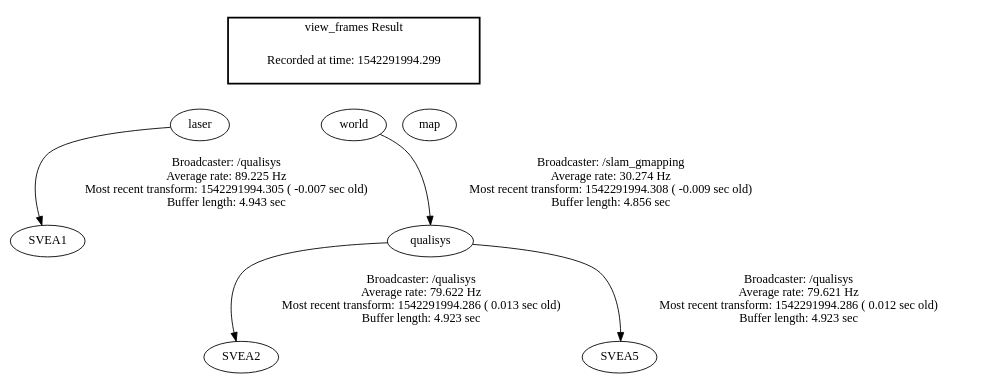
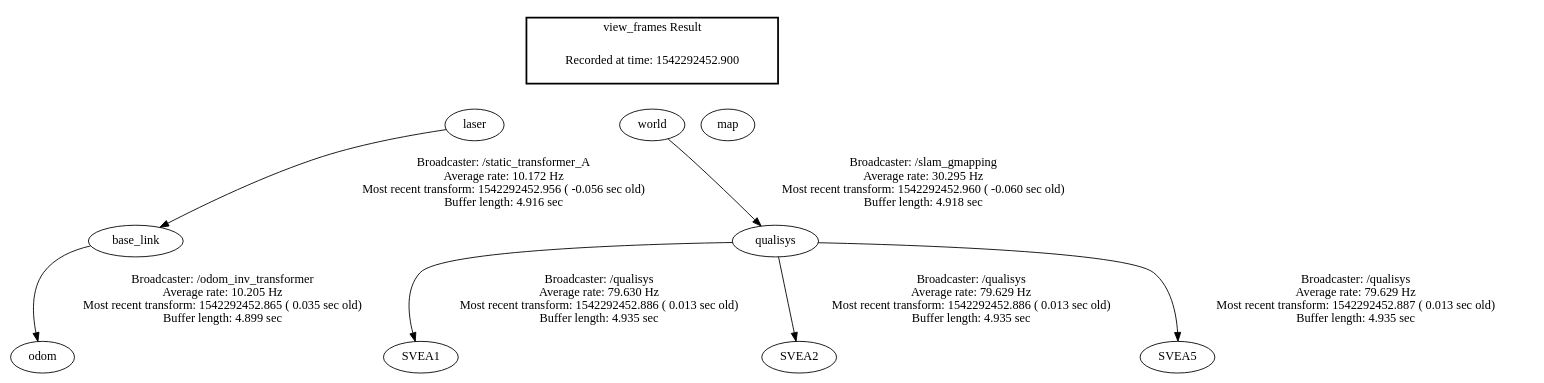
The diagram in frames.gv (JiongruiHu/El2425_Automatic_Control_Group1), drawn with Graphviz before and after one commit. The commit also changed 1 other file, not shown here.

```diff
--- a/frames.gv
+++ b/frames.gv
@@ -1,18 +1,20 @@
 digraph G {
-"laser" -> "SVEA1"[label="Broadcaster: /qualisys\nAverage rate: 89.225 Hz\nMost recent transform: 1542291994.305 ( -0.007 sec old)\nBuffer length: 4.943 sec\n"];
-"world" -> "qualisys"[label="Broadcaster: /slam_gmapping\nAverage rate: 30.274 Hz\nMost recent transform: 1542291994.308 ( -0.009 sec old)\nBuffer length: 4.856 sec\n"];
-"qualisys" -> "SVEA2"[label="Broadcaster: /qualisys\nAverage rate: 79.622 Hz\nMost recent transform: 1542291994.286 ( 0.013 sec old)\nBuffer length: 4.923 sec\n"];
-"qualisys" -> "SVEA5"[label="Broadcaster: /qualisys\nAverage rate: 79.621 Hz\nMost recent transform: 1542291994.286 ( 0.012 sec old)\nBuffer length: 4.923 sec\n"];
+"laser" -> "base_link"[label="Broadcaster: /static_transformer_A\nAverage rate: 10.172 Hz\nMost recent transform: 1542292452.956 ( -0.056 sec old)\nBuffer length: 4.916 sec\n"];
+"world" -> "qualisys"[label="Broadcaster: /slam_gmapping\nAverage rate: 30.295 Hz\nMost recent transform: 1542292452.960 ( -0.060 sec old)\nBuffer length: 4.918 sec\n"];
+"qualisys" -> "SVEA1"[label="Broadcaster: /qualisys\nAverage rate: 79.630 Hz\nMost recent transform: 1542292452.886 ( 0.013 sec old)\nBuffer length: 4.935 sec\n"];
+"qualisys" -> "SVEA2"[label="Broadcaster: /qualisys\nAverage rate: 79.629 Hz\nMost recent transform: 1542292452.886 ( 0.013 sec old)\nBuffer length: 4.935 sec\n"];
+"qualisys" -> "SVEA5"[label="Broadcaster: /qualisys\nAverage rate: 79.629 Hz\nMost recent transform: 1542292452.887 ( 0.013 sec old)\nBuffer length: 4.935 sec\n"];
+"base_link" -> "odom"[label="Broadcaster: /odom_inv_transformer\nAverage rate: 10.205 Hz\nMost recent transform: 1542292452.865 ( 0.035 sec old)\nBuffer length: 4.899 sec\n"];
 edge [style=invis];
  subgraph cluster_legend { style=bold; color=black; label ="view_frames Result";
-"Recorded at time: 1542291994.299"[ shape=plaintext ] ;
+"Recorded at time: 1542292452.900"[ shape=plaintext ] ;
  }->"laser";
 edge [style=invis];
  subgraph cluster_legend { style=bold; color=black; label ="view_frames Result";
-"Recorded at time: 1542291994.299"[ shape=plaintext ] ;
+"Recorded at time: 1542292452.900"[ shape=plaintext ] ;
  }->"world";
 edge [style=invis];
  subgraph cluster_legend { style=bold; color=black; label ="view_frames Result";
-"Recorded at time: 1542291994.299"[ shape=plaintext ] ;
+"Recorded at time: 1542292452.900"[ shape=plaintext ] ;
  }->"map";
 }
```
